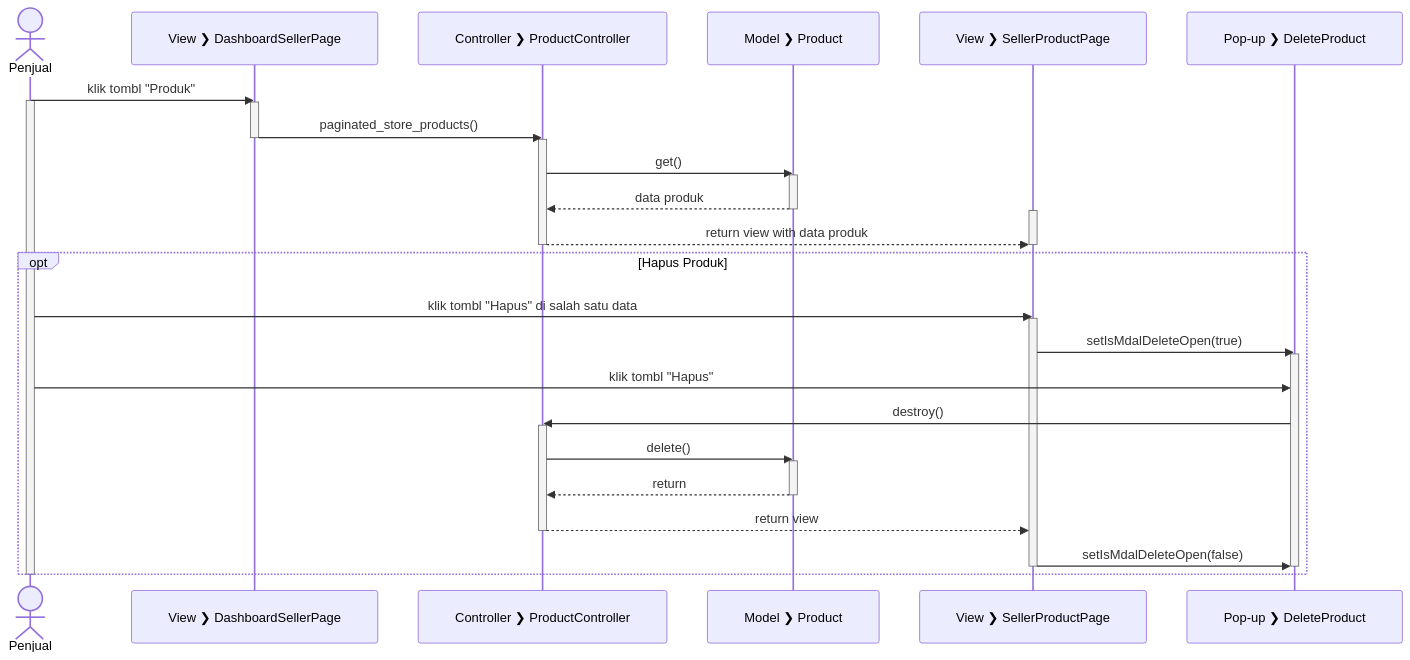
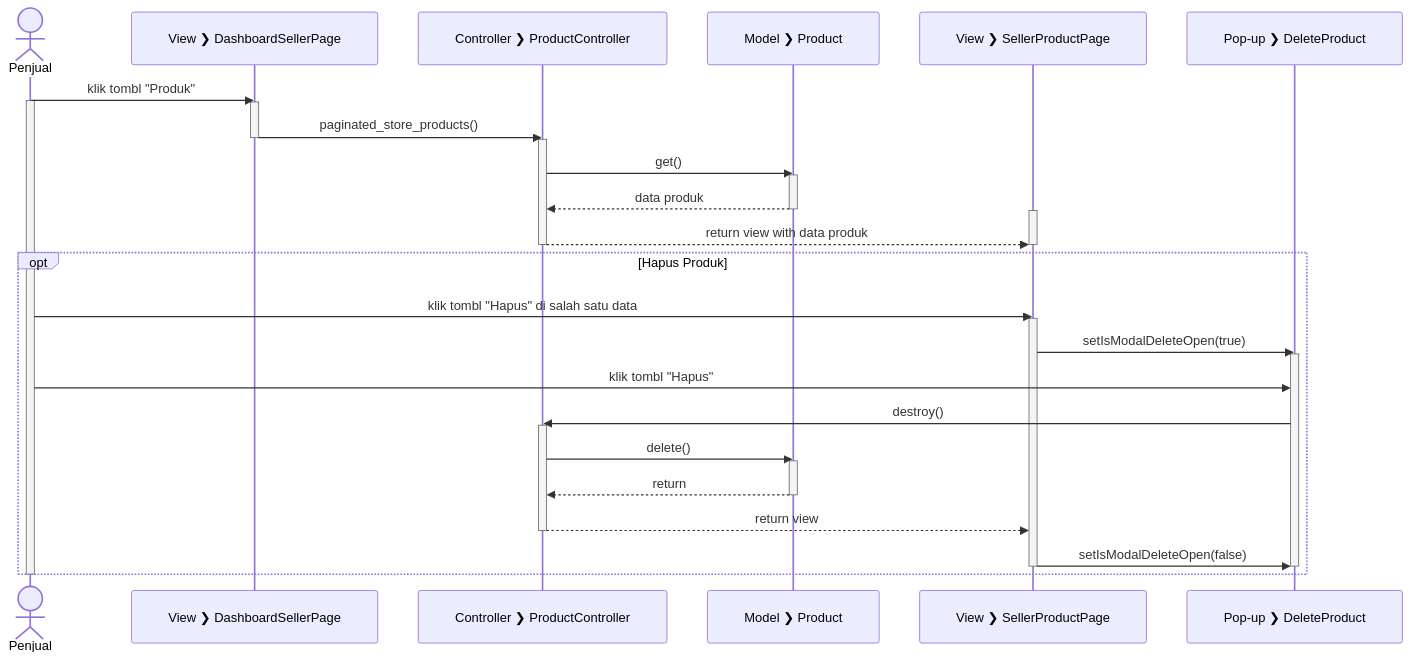
The diagram in sequence/GetStoreProducts.mmd (rizalgrandonk/salesprint-diagrams), drawn with Mermaid before and after one commit. The commit also changed 11 other files, not shown here.

```diff
--- a/sequence/GetStoreProducts.mmd
+++ b/sequence/GetStoreProducts.mmd
@@ -1,67 +1,67 @@
 sequenceDiagram
   actor Penjual
   participant V_DS as View #10095; DashboardSellerPage
   participant C_P as Controller #10095; ProductController
   participant M_P as Model #10095; Product
   participant V_SP as View #10095; SellerProductPage
   participant P_DP as Pop-up #10095; DeleteProduct
 
   Penjual->>V_DS: klik tombl "Produk"
 
   activate Penjual
   activate V_DS
 
   V_DS->>C_P: paginated_store_products()
 
   deactivate V_DS
   activate C_P
 
   C_P->>M_P: get()
 
   activate M_P
 
   M_P-->>C_P: data produk
 
   deactivate M_P
 
   activate V_SP
 
   C_P-->>V_SP: return view with data produk
 
   deactivate C_P
   deactivate V_SP
 
   opt Hapus Produk
     Penjual->>V_SP: klik tombl "Hapus" di salah satu data
 
     activate V_SP
 
-    V_SP->>P_DP: setIsMdalDeleteOpen(true)
+    V_SP->>P_DP: setIsModalDeleteOpen(true)
 
     activate P_DP
 
     Penjual->>P_DP: klik tombl "Hapus"
     P_DP->>C_P: destroy()
 
     activate C_P
 
     C_P->>M_P: delete()
     
     activate M_P
     
     M_P-->>C_P: return
 
     deactivate M_P
 
     C_P-->>V_SP: return view
 
     deactivate C_P
     
-    V_SP->>P_DP: setIsMdalDeleteOpen(false)
+    V_SP->>P_DP: setIsModalDeleteOpen(false)
 
     deactivate P_DP
     deactivate V_SP
   end
 
 
   deactivate Penjual
```
